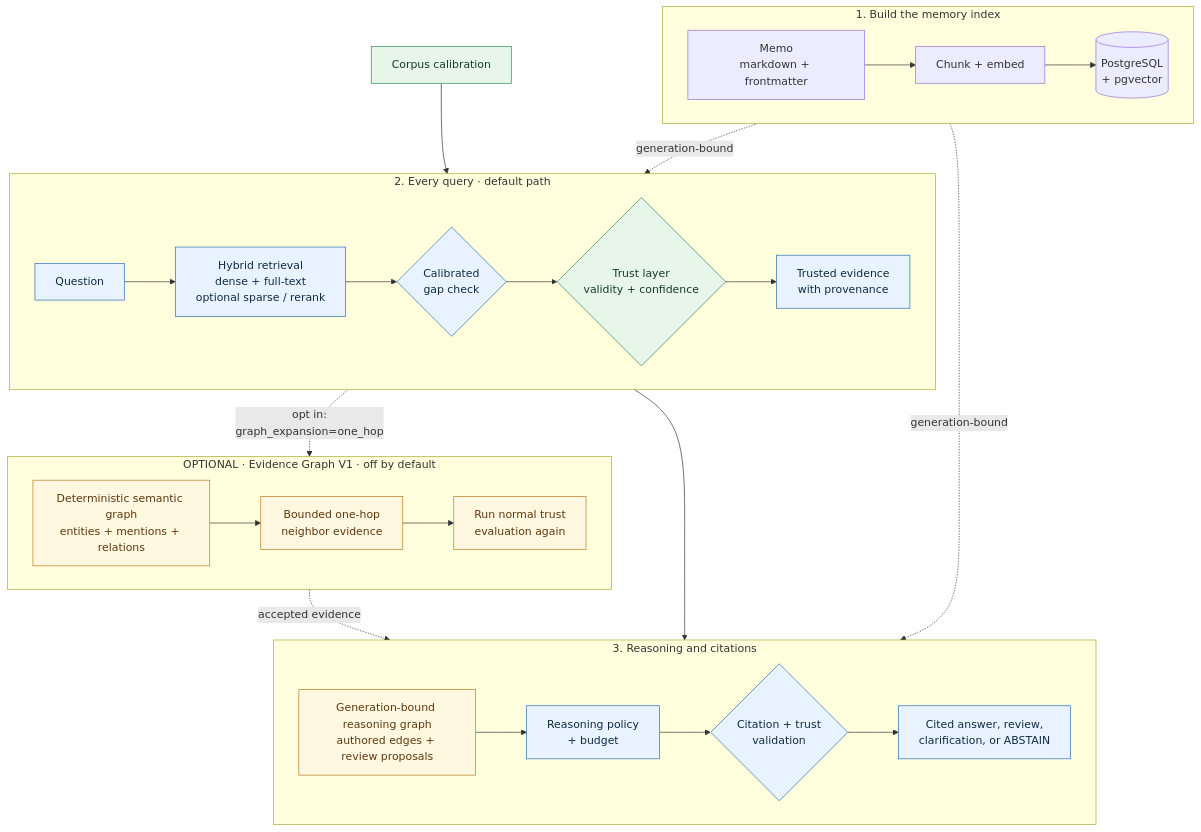
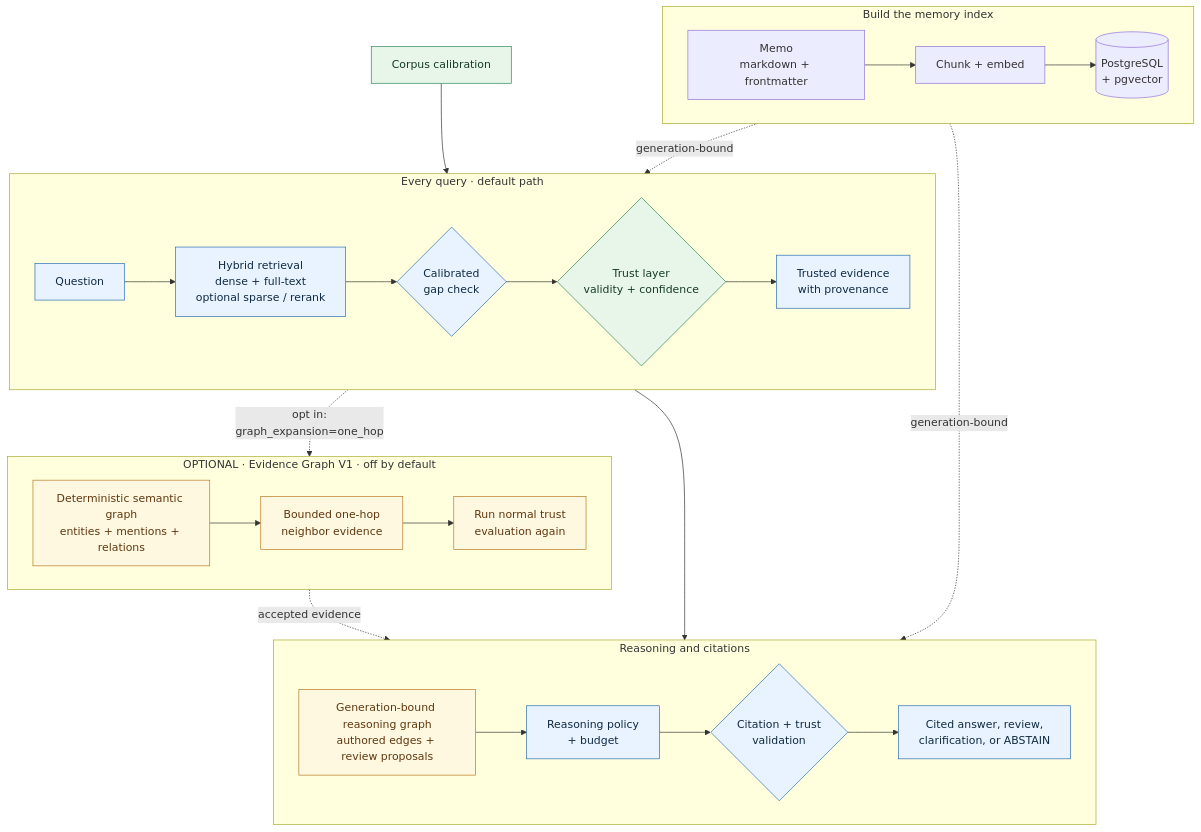
One commit to GiulioDER/RE-call changed the diagram in README.md. Above: the diagram before and after it, drawn with Mermaid. The commit also changed other lines of this file, not shown here.

Commit message:
Keep README diagram change claim-gate clean

````diff
--- a/README.md
+++ b/README.md
@@ -250,42 +250,42 @@
 ```mermaid
 flowchart TB
-    subgraph BUILD["1. Build the memory index"]
+    subgraph BUILD["Build the memory index"]
         direction LR
         M["Memo<br/>markdown + frontmatter"] --> I["Chunk + embed"] --> DB[("PostgreSQL<br/>+ pgvector")]
     end
 
-    subgraph QUERY["2. Every query · default path"]
+    subgraph QUERY["Every query · default path"]
         direction LR
         Q["Question"] --> H["Hybrid retrieval<br/>dense + full-text<br/>optional sparse / rerank"]
         H --> GP{"Calibrated<br/>gap check"}
         GP --> TR{"Trust layer<br/>validity + confidence"}
         TR --> E["Trusted evidence<br/>with provenance"]
     end
 
-    subgraph REASONING["3. Reasoning and citations"]
+    subgraph REASONING["Reasoning and citations"]
         direction LR
         E --> RP["Reasoning policy<br/>+ budget"]
         RP --> RV{"Citation + trust<br/>validation"}
         RV --> ROUT["Cited answer, review,<br/>clarification, or ABSTAIN"]
         RG["Generation-bound reasoning graph<br/>authored edges + review proposals"] --> RP
     end
 
     subgraph GRAPH["OPTIONAL · Evidence Graph V1 · off by default"]
         direction LR
         SG["Deterministic semantic graph<br/>entities + mentions + relations"] --> EC["Bounded one-hop<br/>neighbor evidence"]
         EC --> GT["Run normal trust<br/>evaluation again"]
     end
 
     DB -. "generation-bound" .-> H
     DB -. "generation-bound" .-> RG
     CAL["Corpus calibration"] --> TR
     TR -. "opt in:<br/>graph_expansion=one_hop" .-> SG
     GT -. "accepted evidence" .-> RP
 
     classDef defaultPath fill:#e8f3ff,stroke:#2b6cb0,color:#102a43,stroke-width:1px;
     classDef optionalPath fill:#fff8e1,stroke:#b7791f,color:#5f370e,stroke-width:1px;
     classDef trustPath fill:#e8f5e9,stroke:#2f855a,color:#163b27,stroke-width:1px;
     class Q,H,GP,E,RP,RV,ROUT defaultPath;
     class SG,EC,GT,RG optionalPath;
     class TR,CAL trustPath;
 ```
````
